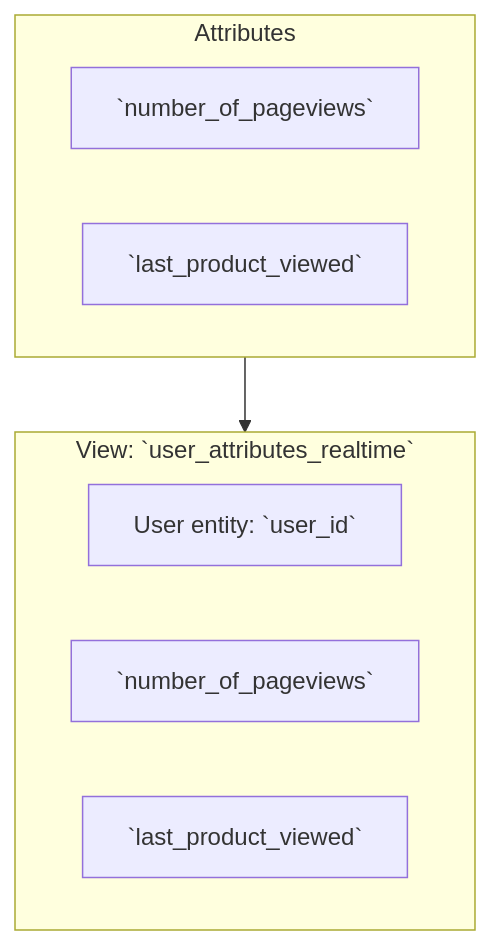
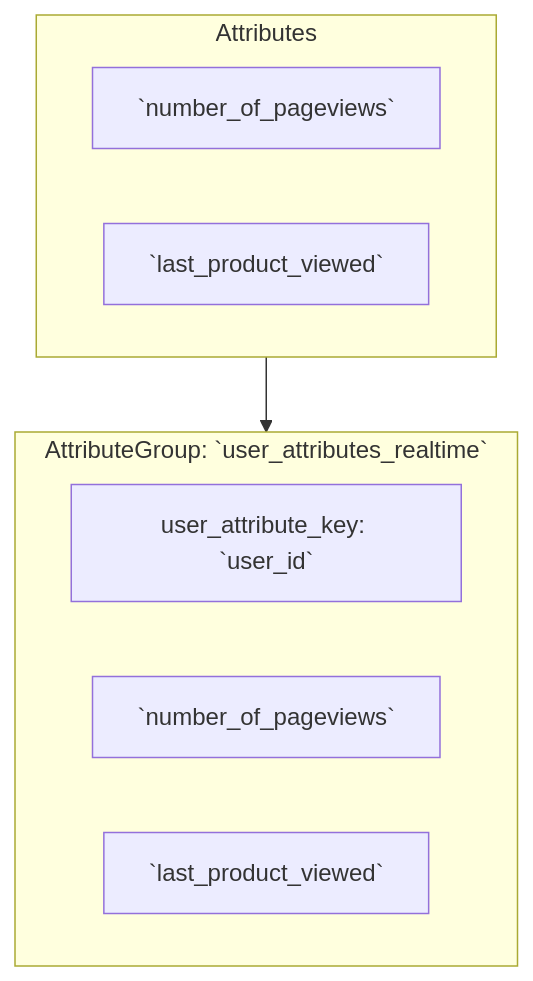
Before and after one commit to snowplow/documentation: the third of 5 diagrams in docs/signals/concepts/index.md, drawn with Mermaid. The commit also changed other lines of this file and 19 other files, not shown here.

````diff
--- a/docs/signals/concepts/index.md
+++ b/docs/signals/concepts/index.md
@@ -171,15 +167,15 @@
 ```mermaid
 flowchart TD
     subgraph Stream[Attributes]
         SA1[`number_of_pageviews`]
         SA2[`last_product_viewed`]
     end
 
-    Stream --> View
+    Stream --> AttributeGroup
 
-    subgraph View[View: `user_attributes_realtime`]
-        V_User[User entity: `user_id`]
-        V_SA1[`number_of_pageviews`]
-        V_SA2[`last_product_viewed`]
+    subgraph AttributeGroup[AttributeGroup: `user_attributes_realtime`]
+        AG_User[user_attribute_key: `user_id`]
+        AG_SA1[`number_of_pageviews`]
+        AG_SA2[`last_product_viewed`]
     end
 ```
````
